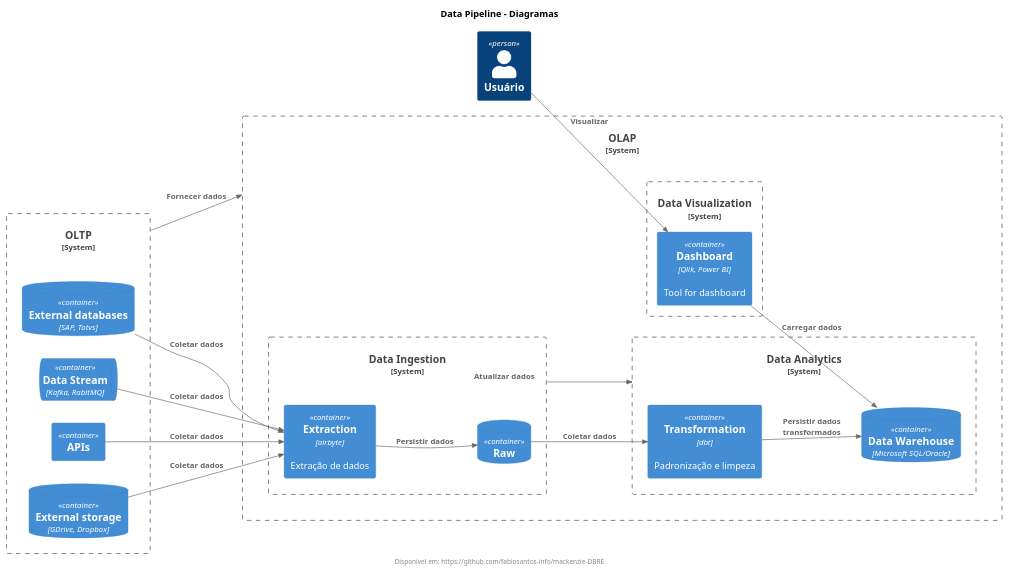
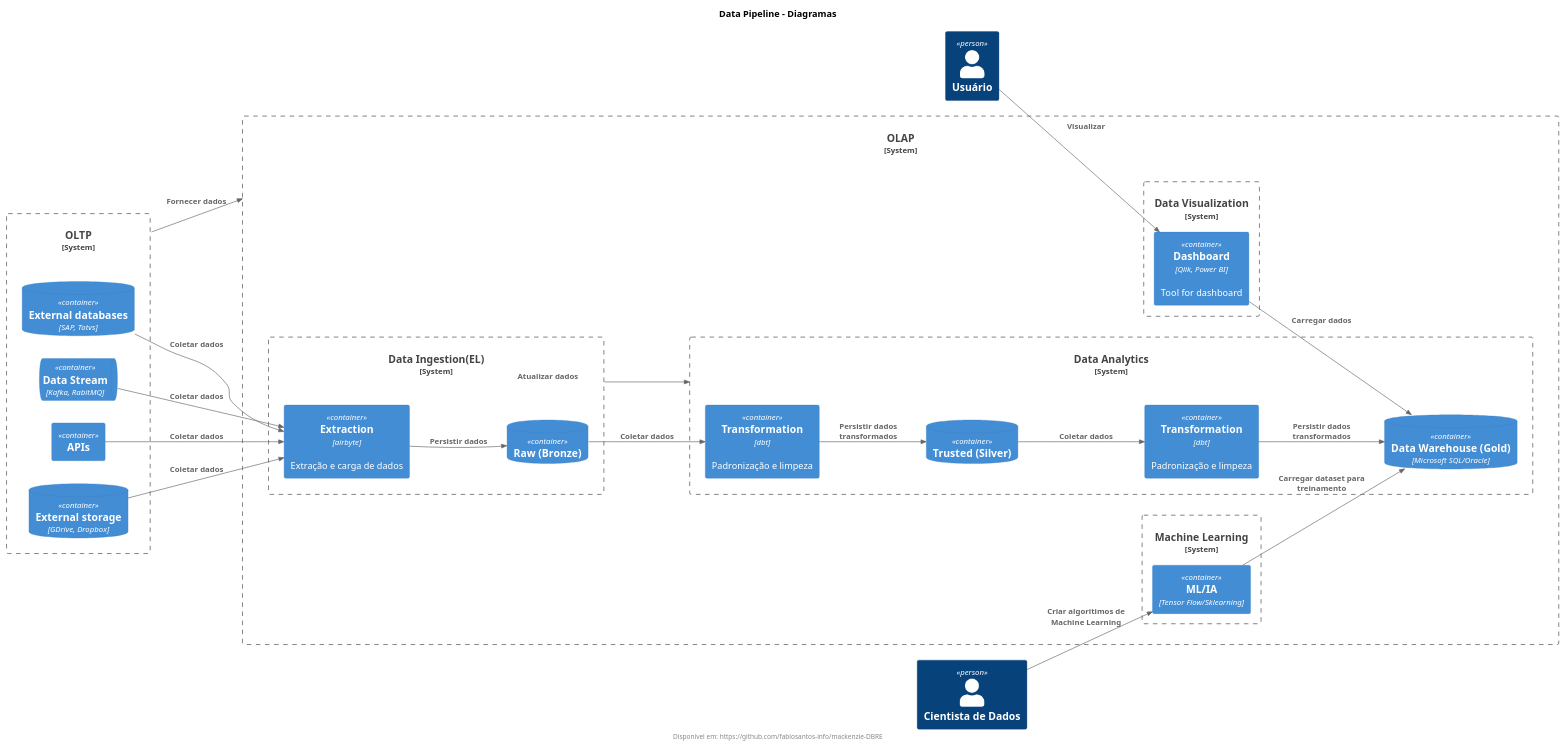
The diagram in diagrams/data_pipeline.wsd (acnaweb/mackenzie), drawn with PlantUML before and after one commit.

Commit message:
plantuml

```diff
--- a/diagrams/data_pipeline.wsd
+++ b/diagrams/data_pipeline.wsd
@@ -1,50 +1,63 @@
 @startuml data_pipeline
 !include https://raw.githubusercontent.com/plantuml-stdlib/C4-PlantUML/master/C4_Container.puml
 title Data Pipeline - Diagramas
 footer Disponível em: https://github.com/fabiosantos-info/mackenzie-DBRE
 LAYOUT_LEFT_RIGHT()
 
 Person(user, "Usuário")
+Person(data_scientist, "Cientista de Dados")
 
 System_Boundary(olap, "OLAP") {
 
     System_Boundary(dataviz, "Data Visualization") {
         Container(dash, "Dashboard", "Qlik, Power BI", "Tool for dashboard")
     }
 
+    System_Boundary(ml, "Machine Learning") {
+        Container(ia, "ML/IA", "Tensor Flow/Sklearning", "")        
+    }
     System_Boundary(analytics, "Data Analytics") {
-        ContainerDb(dw, "Data Warehouse", "Microsoft SQL/Oracle")
-        Container(transformation, "Transformation", "dbt", "Padronização e limpeza")
+
+        ContainerDb(silver, "Trusted (Silver)", "")
+        Container(transformation_bronze_silver, "Transformation", "dbt", "Padronização e limpeza")
+
+        ContainerDb(gold, "Data Warehouse (Gold)", "Microsoft SQL/Oracle")
+        Container(transformation_silver_gold, "Transformation", "dbt", "Padronização e limpeza")
     }
 
-    System_Boundary(ingestion, "Data Ingestion") {
-        ContainerDb(raw, "Raw")
-        Container(extraction, "Extraction", "airbyte", "Extração de dados")
+    System_Boundary(ingestion, "Data Ingestion(EL)") {
+        ContainerDb(bronze, "Raw (Bronze)" )
+        Container(extraction, "Extraction", "airbyte", "Extração e carga de dados")
     }
 }
 
 System_Boundary(oltp, "OLTP") {
     ContainerDb(external_db, "External databases", "SAP, Totvs")
     ContainerQueue(external_queue, "Data Stream", "Kafka, RabitMQ")
     Container(external_api, "APIs")
     ContainerDb(external_storage, "External storage", "GDrive, Dropbox")
 }
 
 Rel(external_db, extraction, "Coletar dados")
 Rel(external_queue, extraction, "Coletar dados")
 Rel(external_api, extraction, "Coletar dados")
 Rel(external_storage, extraction, "Coletar dados")
-Rel(extraction, raw, "Persistir dados")
+Rel(extraction, bronze, "Persistir dados")
 
 Rel(oltp, olap, "Fornecer dados")
 Rel(ingestion, analytics, "Atualizar dados")
 
+
+Rel(bronze, transformation_bronze_silver, "Coletar dados")
+Rel(transformation_bronze_silver, silver, "Persistir dados transformados")
+
+Rel(silver, transformation_silver_gold, "Coletar dados")
+Rel(transformation_silver_gold, gold, "Persistir dados transformados")
+
 Rel(user, dash, "Visualizar")
-Rel(dash, dw, "Carregar dados")
+Rel(dash, gold, "Carregar dados")
 
-Rel(transformation, dw, "Persistir dados transformados")
-Rel(raw, transformation, "Coletar dados")
-
-
+Rel(data_scientist, ia, "Criar algoritimos de Machine Learning")
+Rel(ia, gold, "Carregar dataset para treinamento")
 
 @enduml
```
